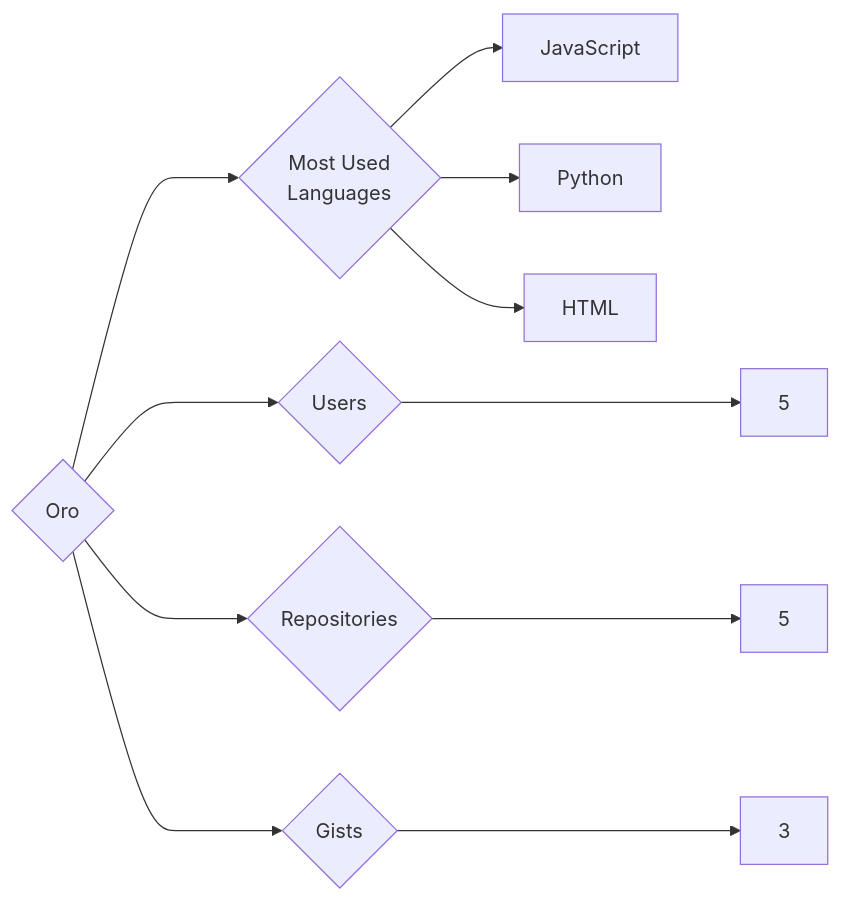
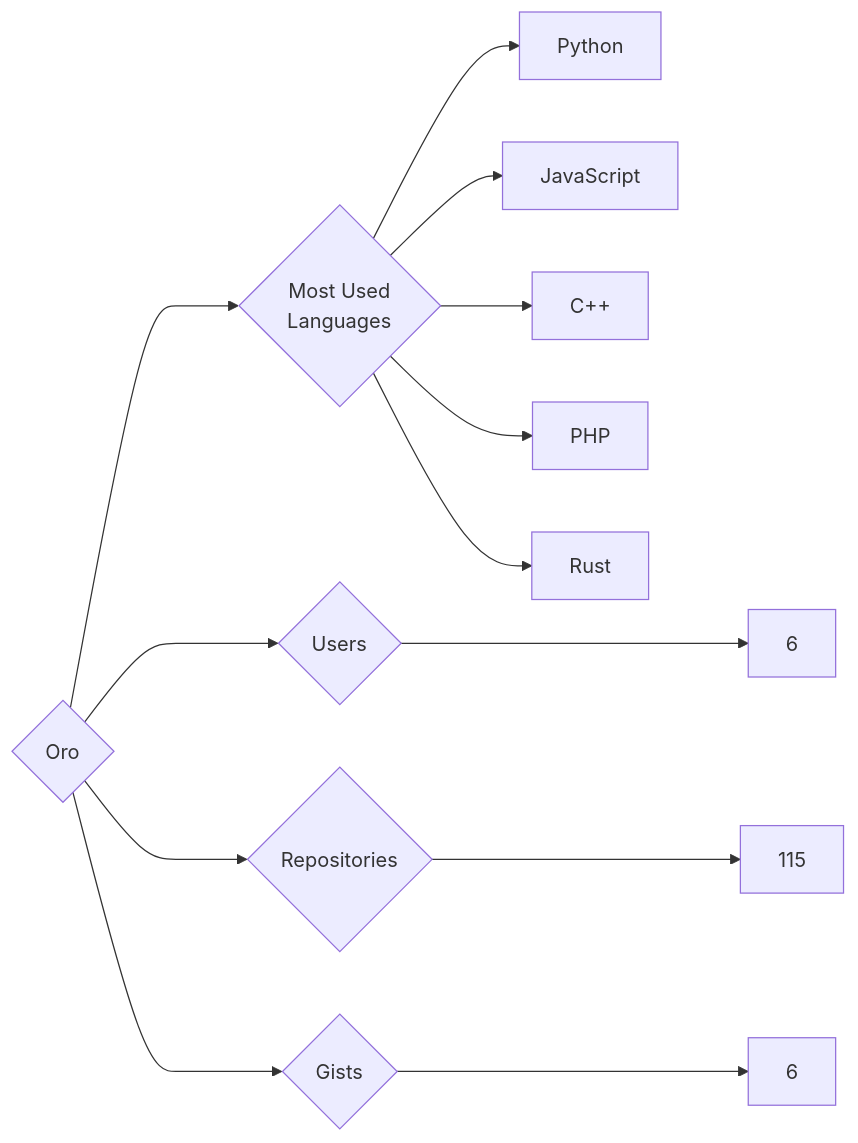
Before and after one commit to trickest/insiders: the diagram in targets/Oro/README.md, drawn with Mermaid. The commit also changed 1508 other files, not shown here.

````diff
--- a/targets/Oro/README.md
+++ b/targets/Oro/README.md
@@ -3,11 +3,13 @@
 ```mermaid
 graph LR
 COMPANY_NAME{Oro}
-COMPANY_NAME ---> U{Users} ---> UN[5]
-COMPANY_NAME ---> R{Repositories} ---> RN[5]
-COMPANY_NAME ---> G{Gists} ---> GN[3]
+COMPANY_NAME ---> U{Users} ---> UN[6]
+COMPANY_NAME ---> R{Repositories} ---> RN[115]
+COMPANY_NAME ---> G{Gists} ---> GN[6]
 COMPANY_NAME ---> ML{Most Used<br>Languages}
+ML --> Python[Python]
 ML --> JavaScript[JavaScript]
-ML --> Python[Python]
-ML --> HTML[HTML]
+ML --> C++[C++]
+ML --> PHP[PHP]
+ML --> Rust[Rust]
 ```
````
